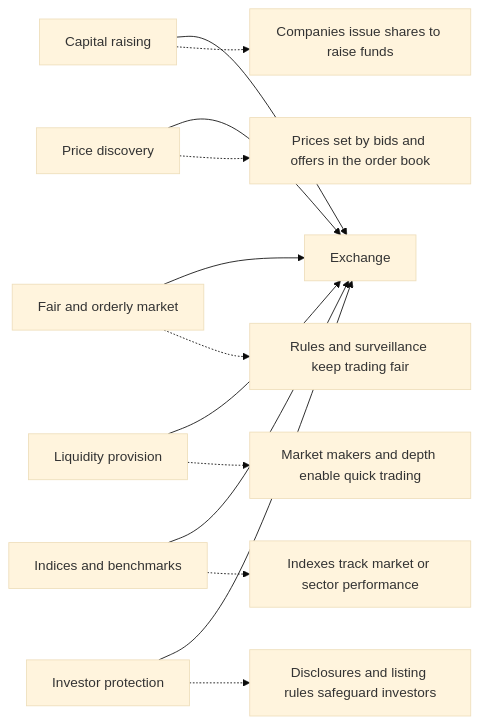
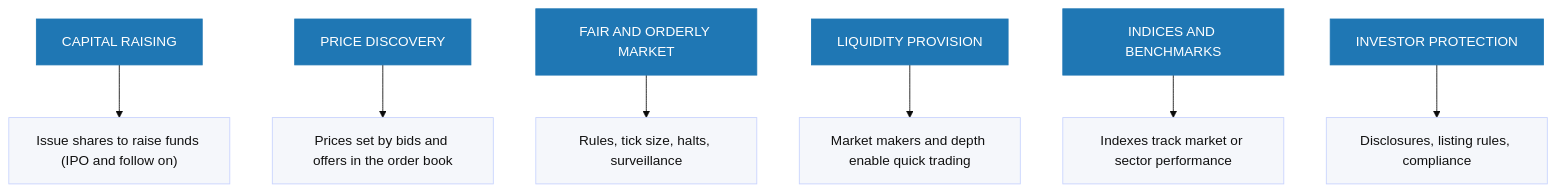
Before and after one commit to CheickPaul/Finance-Python-Learning-Portfolio: the eighth of 10 diagrams in epat--quantinsti/modules/m01_epat_primer/primer02_stock_market_basics/notes_stock_market_basics.md, drawn with Mermaid (base theme). The commit also changed other lines of this file, not shown here.

````diff
--- a/epat--quantinsti/modules/m01_epat_primer/primer02_stock_market_basics/notes_stock_market_basics.md
+++ b/epat--quantinsti/modules/m01_epat_primer/primer02_stock_market_basics/notes_stock_market_basics.md
@@ -820,18 +819,16 @@
 ```mermaid
-graph LR
-  X[Exchange]
+flowchart TB
+  A["CAPITAL RAISING"] --> Adef["Issue shares to raise funds (IPO and follow on)"]
+  B["PRICE DISCOVERY"] --> Bdef["Prices set by bids and offers in the order book"]
+  C["FAIR AND ORDERLY MARKET"] --> Cdef["Rules, tick size, halts, surveillance"]
+  D["LIQUIDITY PROVISION"] --> Ddef["Market makers and depth enable quick trading"]
+  E["INDICES AND BENCHMARKS"] --> Edef["Indexes track market or sector performance"]
+  F["INVESTOR PROTECTION"] --> Fdef["Disclosures, listing rules, compliance"]
 
-  A[Capital raising] --> X
-  B[Price discovery] --> X
-  C[Fair and orderly market] --> X
-  D[Liquidity provision] --> X
-  E[Indices and benchmarks] --> X
-  F[Investor protection] --> X
+%% Styles (GitHub-safe)
+  classDef func fill:#1f77b4,stroke:#1f77b4,color:#ffffff;
+  classDef defn fill:#f5f7fb,stroke:#c7d2fe,color:#111111;
 
-  A -.-> Adef[Companies issue shares to raise funds]
-  B -.-> Bdef[Prices set by bids and offers in the order book]
-  C -.-> Cdef[Rules and surveillance keep trading fair]
-  D -.-> Ddef[Market makers and depth enable quick trading]
-  E -.-> Edef[Indexes track market or sector performance]
-  F -.-> Fdef[Disclosures and listing rules safeguard investors]
+  class A,B,C,D,E,F func;
+  class Adef,Bdef,Cdef,Ddef,Edef,Fdef defn;
 ```
````
